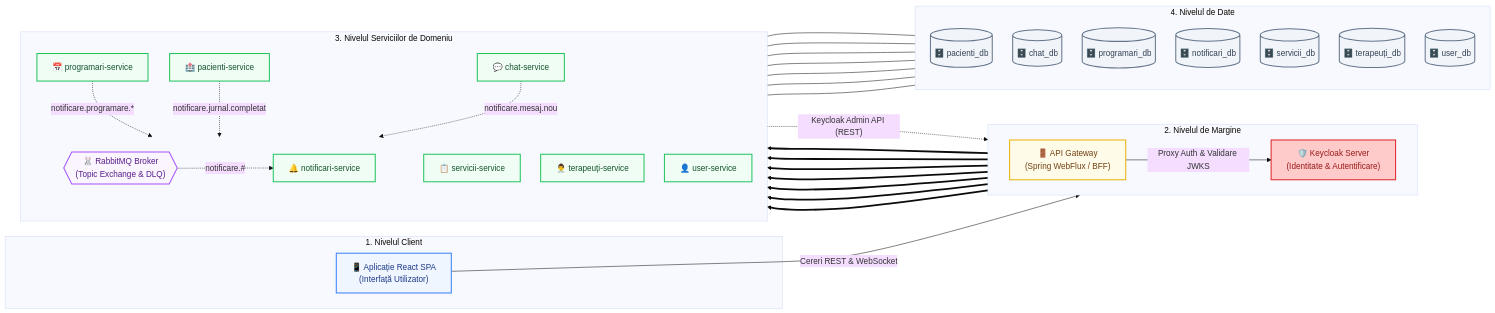
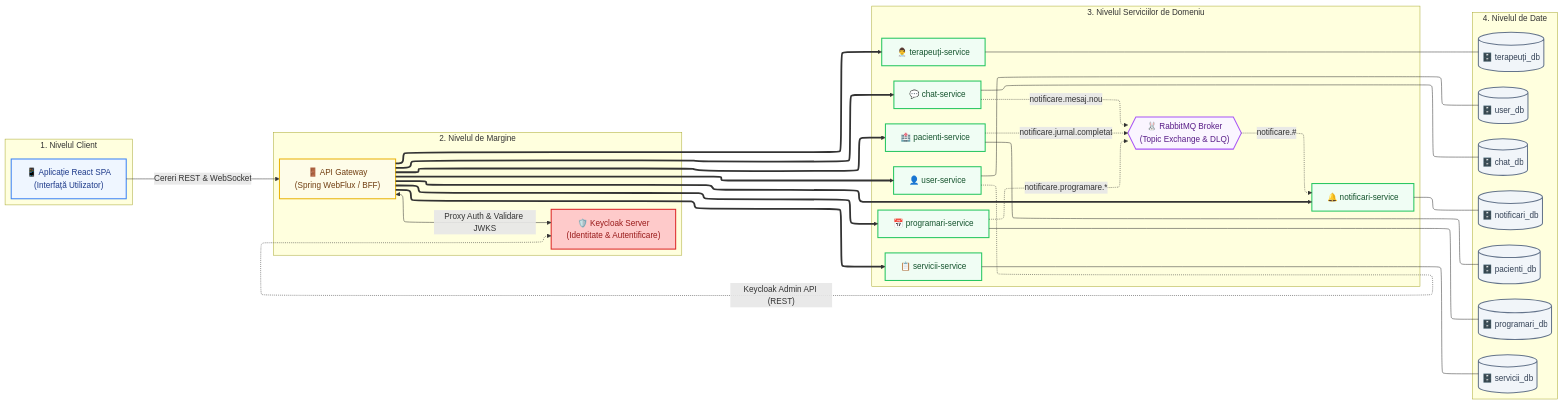
The fourth of 10 diagrams in README.md (Anelisgh/kinetocare), drawn with Mermaid before and after one commit. The commit also changed other lines of this file and 15 other files, not shown here.

````diff
--- a/README.md
+++ b/README.md
@@ -319,11 +324,9 @@
 ```mermaid
 ---
 config:
-  theme: base
+  layout: elk
   flowchart:
     curve: basis
-    nodeSpacing: 40
-    rankSpacing: 60
 ---
 flowchart LR
     classDef client fill:#eff6ff,stroke:#3b82f6,stroke-width:2px,color:#1e3a8a;
@@ -338,64 +341,53 @@
     end
 
     subgraph EdgeLayer ["2. Nivelul de Margine"]
-        direction LR
+        Keycloak["🛡️ Keycloak Server<br/>(Identitate & Autentificare)"]:::auth
         APIGW["🚪 API Gateway<br/>(Spring WebFlux / BFF)"]:::edge
-        Keycloak["🛡️ Keycloak Server<br/>(Identitate & Autentificare)"]:::auth
-        APIGW -->|"Proxy Auth & Validare JWKS"| Keycloak
     end
 
     subgraph DomainLayer ["3. Nivelul Serviciilor de Domeniu"]
-        direction TB
+        US["👤 user-service"]:::domain
         PS["🏥 pacienti-service"]:::domain
+        TS["👨‍⚕️ terapeuți-service"]:::domain
+        ProgS["📅 programari-service"]:::domain
+        SS["📋 servicii-service"]:::domain
         CS["💬 chat-service"]:::domain
-        ProgS["📅 programari-service"]:::domain
-        subgraph BrokerZone [" "]
-            direction LR
-            RabbitMQ{{"🐰 RabbitMQ Broker<br/>(Topic Exchange & DLQ)"}}:::mq
-            NS["🔔 notificari-service"]:::domain
-        end
-        SS["📋 servicii-service"]:::domain
-        TS["👨‍⚕️ terapeuți-service"]:::domain
-        US["👤 user-service"]:::domain
+        NS["🔔 notificari-service"]:::domain
+        RabbitMQ{{"🐰 RabbitMQ Broker<br/>(Topic Exchange & DLQ)"}}:::mq
     end
 
     subgraph DataLayer ["4. Nivelul de Date"]
-        direction TB
+        DB_US[("🗄️ user_db")]:::db
         DB_PS[("🗄️ pacienti_db")]:::db
+        DB_TS[("🗄️ terapeuți_db")]:::db
+        DB_ProgS[("🗄️ programari_db")]:::db
+        DB_SS[("🗄️ servicii_db")]:::db
         DB_CS[("🗄️ chat_db")]:::db
-        DB_ProgS[("🗄️ programari_db")]:::db
         DB_NS[("🗄️ notificari_db")]:::db
-        DB_SS[("🗄️ servicii_db")]:::db
-        DB_TS[("🗄️ terapeuți_db")]:::db
-        DB_US[("🗄️ user_db")]:::db
     end
 
-    ClientLayer ~~~ EdgeLayer ~~~ DomainLayer ~~~ DataLayer
+    React -->|"Cereri REST & WebSocket"| APIGW
+    APIGW <-->|"Proxy Auth & Validare JWKS"| Keycloak
+    US -.->|"Keycloak Admin API (REST)"| Keycloak
 
-    React -->|"Cereri REST & WebSocket"| APIGW
-
+    APIGW ==> US
     APIGW ==> PS
+    APIGW ==> TS
+    APIGW ==> ProgS
+    APIGW ==> SS
     APIGW ==> CS
-    APIGW ==> ProgS
     APIGW ==> NS
-    APIGW ==> SS
-    APIGW ==> TS
-    APIGW ==> US
 
     ProgS -.->|"notificare.programare.*"| RabbitMQ
     PS -.->|"notificare.jurnal.completat"| RabbitMQ
     CS -.->|"notificare.mesaj.nou"| RabbitMQ
     RabbitMQ -.->|"notificare.#"| NS
 
+    US --- DB_US
     PS --- DB_PS
+    TS --- DB_TS
+    ProgS --- DB_ProgS
+    SS --- DB_SS
     CS --- DB_CS
-    ProgS --- DB_ProgS
     NS --- DB_NS
-    SS --- DB_SS
-    TS --- DB_TS
-    US --- DB_US
-
-    US -.->|"Keycloak Admin API (REST)"| Keycloak
-
-    style BrokerZone fill:transparent,stroke:transparent
 ```
````
